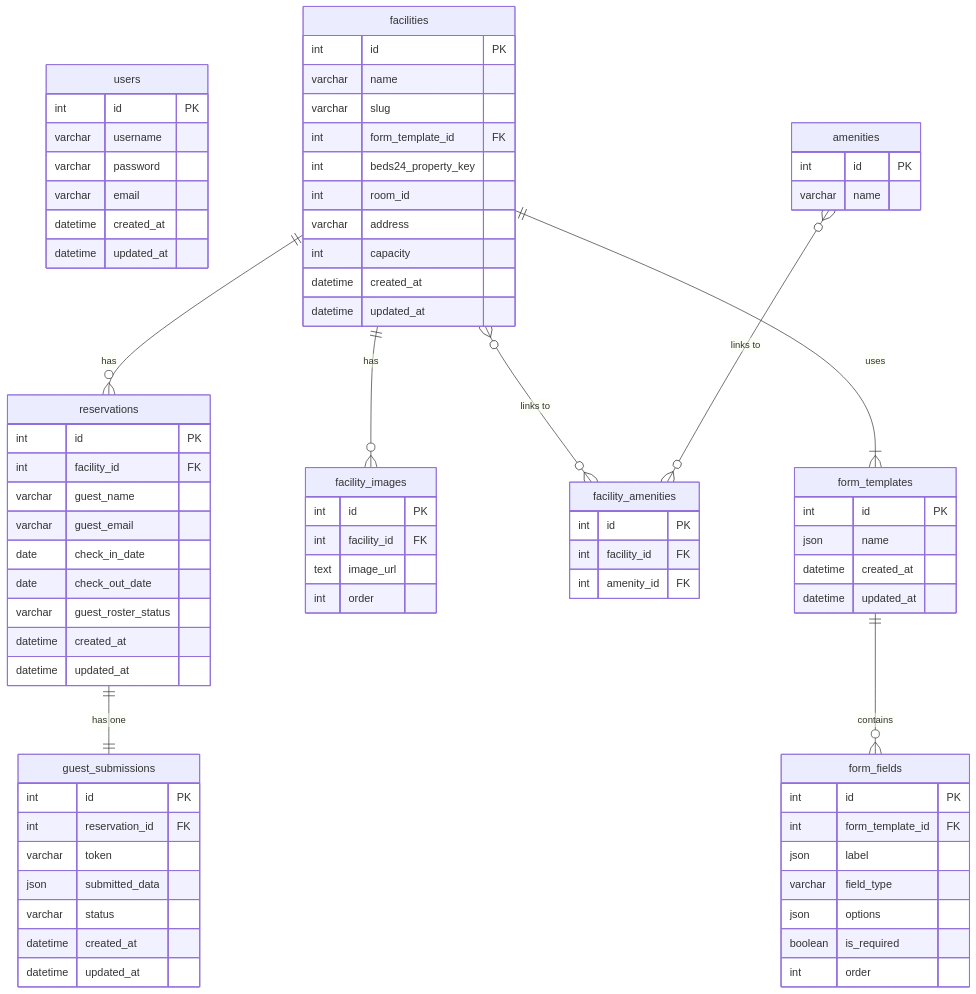
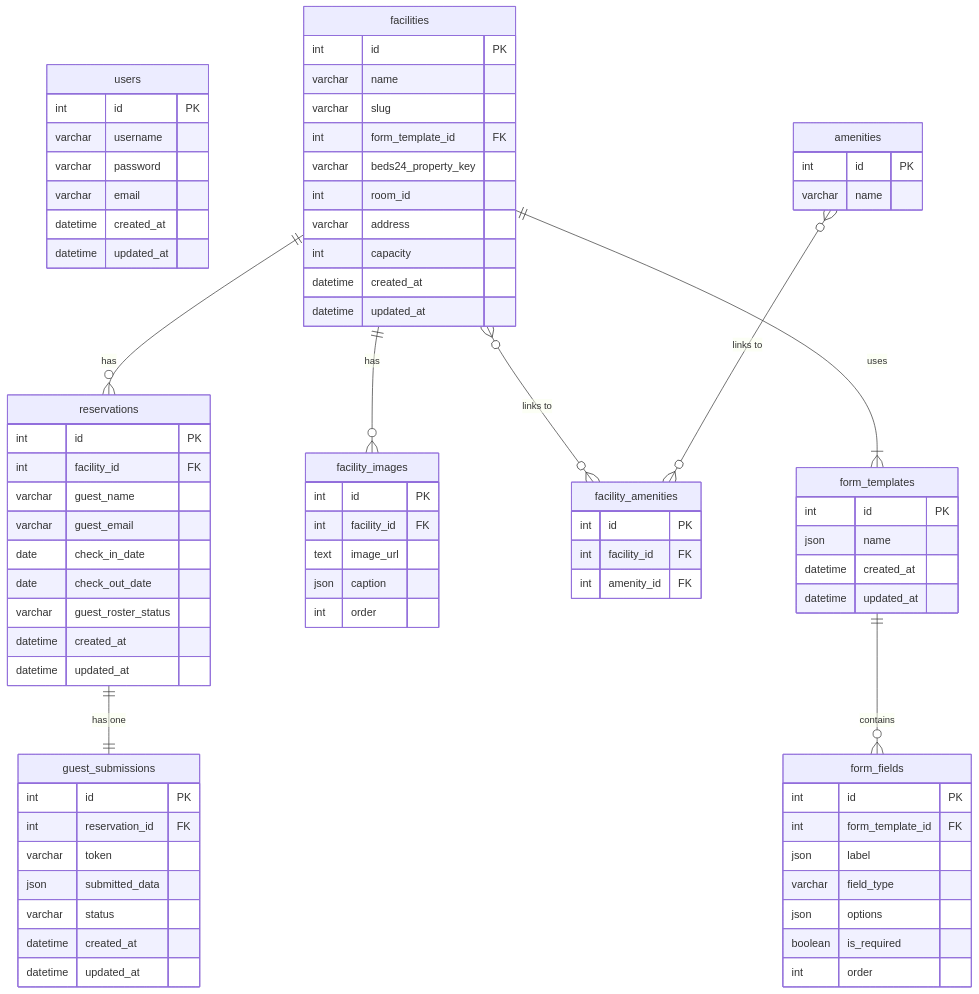
The diagram in docs/database_design.md (wisteria0793/scorpion), drawn with Mermaid before and after one commit. The commit also changed other lines of this file and 8 other files, not shown here.

```diff
--- a/docs/database_design.md
+++ b/docs/database_design.md
@@ -99,7 +100,7 @@
         varchar name
         varchar slug
         int form_template_id FK
-        int beds24_property_key
+        varchar beds24_property_key
         int room_id
         varchar address
         int capacity
@@ -125,6 +126,7 @@
         int id PK
         int facility_id FK
         text image_url
+        json caption
         int order
     }
     facility_amenities {
```
